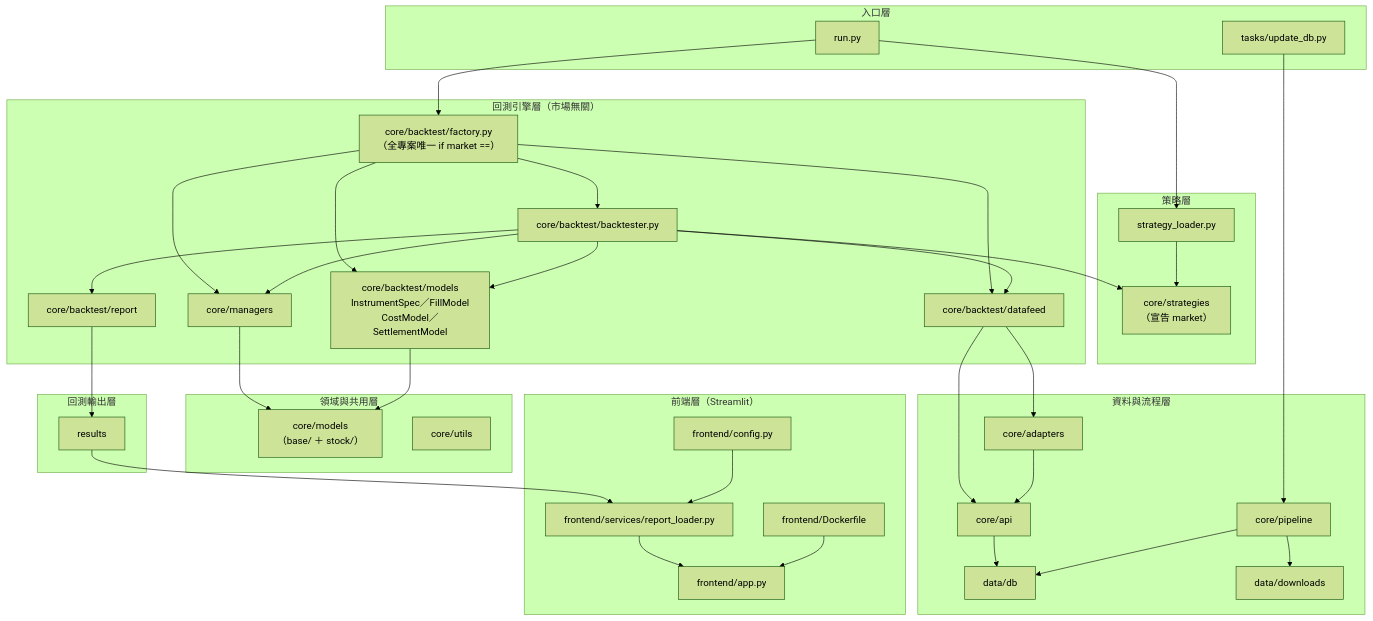
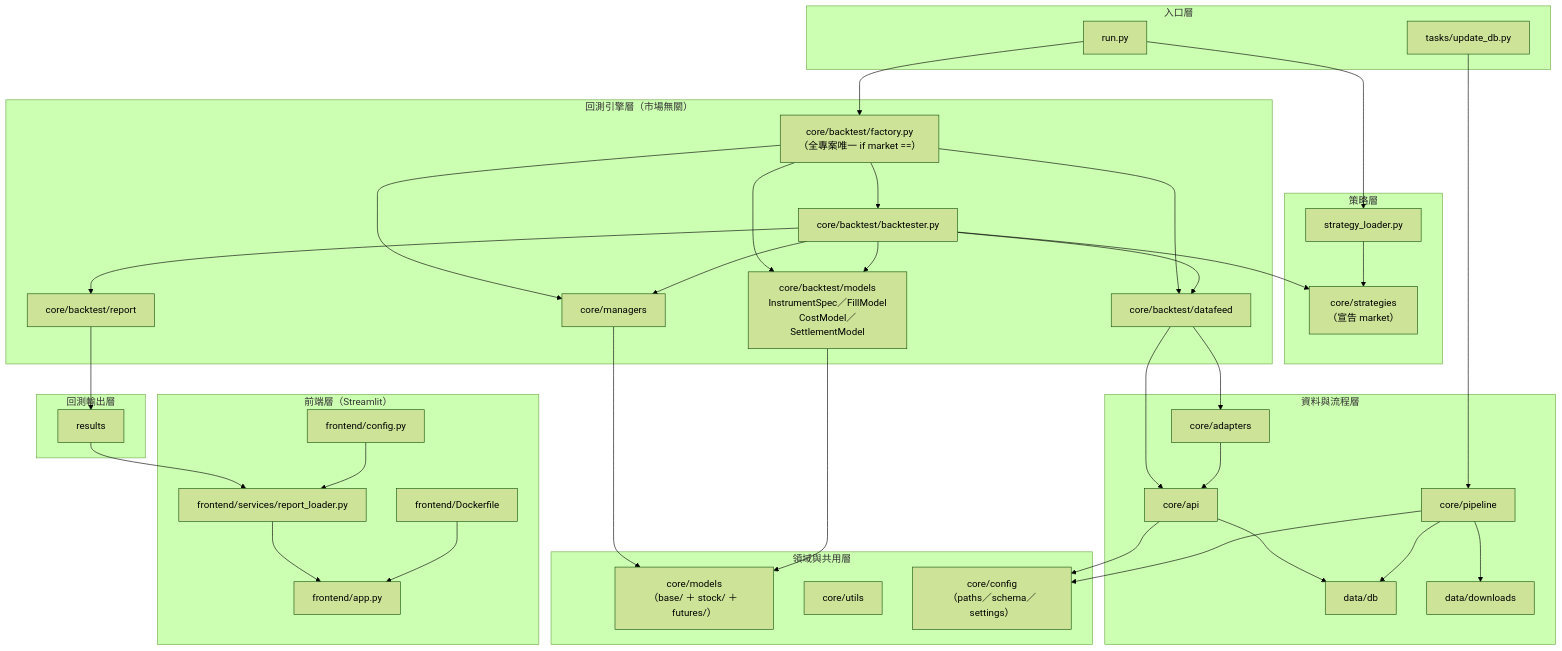
The diagram in README_zh.md (kuo220/AlphaEdge), drawn with Mermaid (forest theme) before and after one commit. The commit also changed other lines of this file and 3 other files, not shown here.

````diff
--- a/README_zh.md
+++ b/README_zh.md
@@ -11,72 +11,75 @@
 ```mermaid
 graph TB
     subgraph entry ["入口層"]
         RunPy["run.py"]
         Tasks["tasks/update_db.py"]
     end
 
     subgraph strategy_layer ["策略層"]
         Strategies["core/strategies<br/>（宣告 market）"]
         Loader["strategy_loader.py"]
     end
 
     subgraph engine_layer ["回測引擎層（市場無關）"]
         Factory["core/backtest/factory.py<br/>（全專案唯一 if market ==）"]
         Backtester["core/backtest/backtester.py"]
         BTModels["core/backtest/models<br/>InstrumentSpec／FillModel<br/>CostModel／SettlementModel"]
         Feed["core/backtest/datafeed"]
         Managers["core/managers"]
         Report["core/backtest/report"]
     end
 
     subgraph domain_layer ["領域與共用層"]
-        Models["core/models<br/>（base/ ＋ stock/）"]
+        Models["core/models<br/>（base/ ＋ stock/ ＋ futures/）"]
         Utils["core/utils"]
+        Config["core/config<br/>（paths／schema／settings）"]
     end
 
     subgraph data_layer ["資料與流程層"]
         API["core/api"]
         Adapters["core/adapters"]
         Pipeline["core/pipeline"]
         DB["data/db"]
         Data["data/downloads"]
     end
 
     subgraph output_layer ["回測輸出層"]
         Results["results"]
     end
 
     subgraph frontend_layer ["前端層（Streamlit）"]
         FrontendApp["frontend/app.py"]
         FrontendService["frontend/services/report_loader.py"]
         FrontendConfig["frontend/config.py"]
         FrontendDocker["frontend/Dockerfile"]
     end
 
     RunPy --> Loader
     Loader --> Strategies
     RunPy --> Factory
     Factory --> Backtester
     Factory --> BTModels
     Factory --> Feed
     Factory --> Managers
     Backtester --> Strategies
     Backtester --> BTModels
     Backtester --> Feed
     Backtester --> Managers
     Backtester --> Report
     Managers --> Models
     BTModels --> Models
     Feed --> API
     Feed --> Adapters
     API --> DB
     Adapters --> API
+    API --> Config
+    Pipeline --> Config
     Tasks --> Pipeline
     Pipeline --> DB
     Pipeline --> Data
     Report --> Results
     Results --> FrontendService
     FrontendConfig --> FrontendService
     FrontendService --> FrontendApp
     FrontendDocker --> FrontendApp
 ```
````
